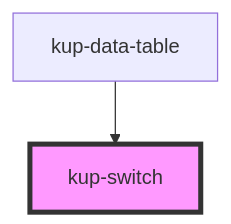
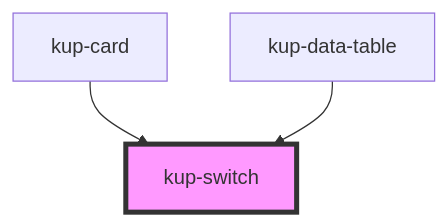
Before and after one commit to smeup/ketchup: the diagram in packages/ketchup/src/components/kup-switch/readme.md, drawn with Mermaid. The commit also changed other lines of this file and 7 other files, not shown here.

````diff
--- a/packages/ketchup/src/components/kup-switch/readme.md
+++ b/packages/ketchup/src/components/kup-switch/readme.md
@@ -56,5 +57,6 @@
 ```mermaid
 graph TD;
+  kup-card --> kup-switch
   kup-data-table --> kup-switch
   style kup-switch fill:#f9f,stroke:#333,stroke-width:4px
 ```
````
